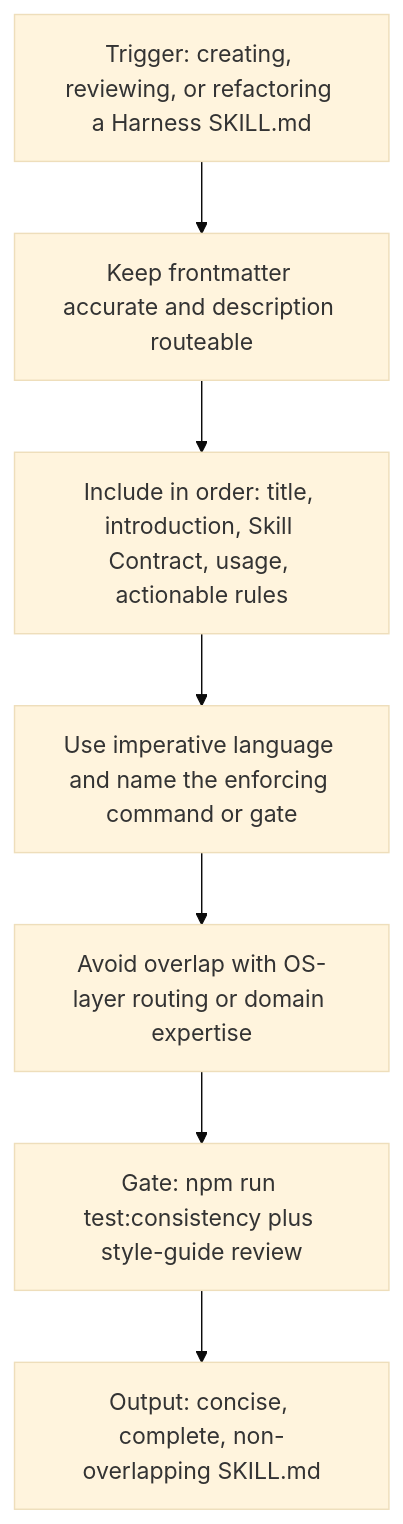
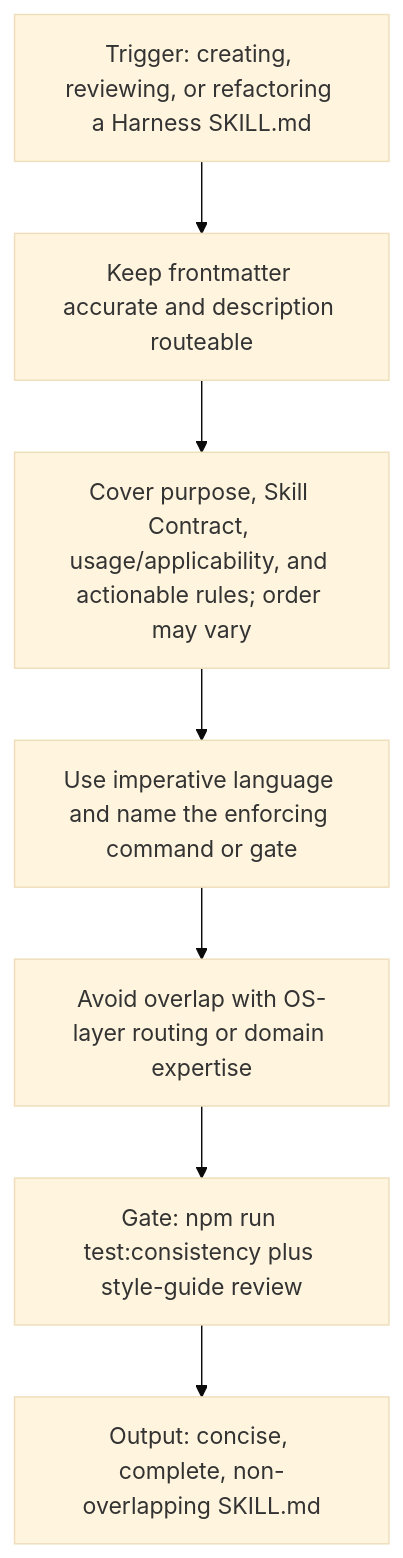
The first of 4 diagrams in docs/workflows/skill-style.md (dyphn1/Harness-everything), drawn with Mermaid (base theme) before and after one commit. The commit also changed other lines of this file and 4 other files, not shown here.

````diff
--- a/docs/workflows/skill-style.md
+++ b/docs/workflows/skill-style.md
@@ -11,9 +11,9 @@
 ```mermaid
 graph TD
   TriggerEdit["Trigger: creating, reviewing, or refactoring a Harness SKILL.md"] --> FrontAccurate["Keep frontmatter accurate and description routeable"]
-  FrontAccurate --> OrderCheck["Include in order: title, introduction, Skill Contract, usage, actionable rules"]
-  OrderCheck --> ImperativeGate["Use imperative language and name the enforcing command or gate"]
+  FrontAccurate --> SectionCheck["Cover purpose, Skill Contract, usage/applicability, and actionable rules; order may vary"]
+  SectionCheck --> ImperativeGate["Use imperative language and name the enforcing command or gate"]
   ImperativeGate --> OverlapCheck["Avoid overlap with OS-layer routing or domain expertise"]
   OverlapCheck --> ConsistencyGate["Gate: npm run test:consistency plus style-guide review"]
   ConsistencyGate --> ConciseOut["Output: concise, complete, non-overlapping SKILL.md"]
 ```
````
